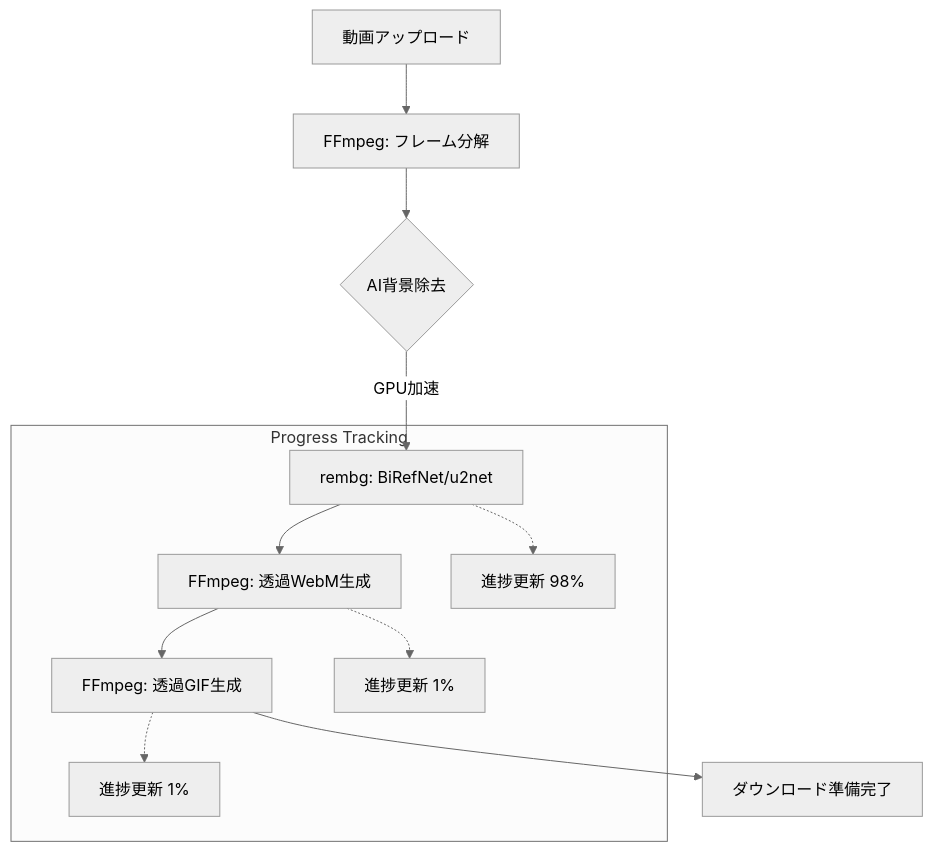
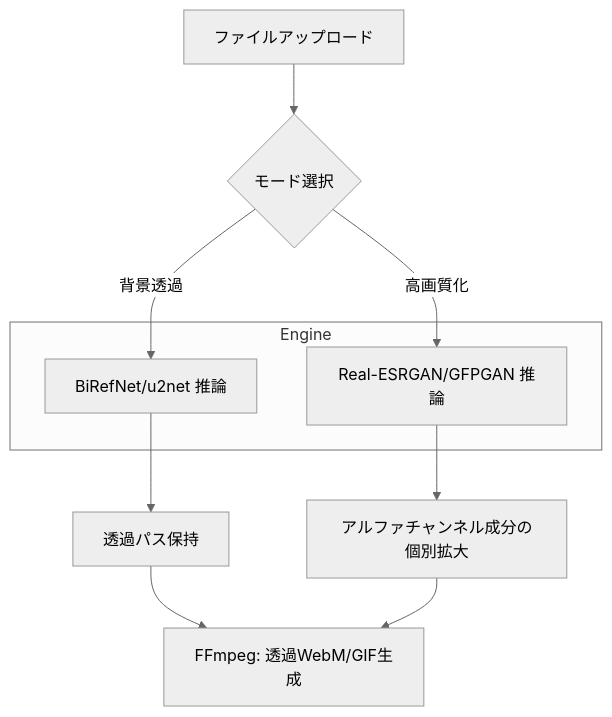
One commit to igashira0324/wipeout changed the diagram in README.md. Above: the diagram before and after it, drawn with Mermaid (neutral theme). The commit also changed other lines of this file and 6 other files, not shown here.

````diff
--- a/README.md
+++ b/README.md
@@ -31,15 +45,17 @@
 ```mermaid
 graph TD
-    A[動画アップロード] --> B[FFmpeg: フレーム分解]
-    B --> C{AI背景除去}
-    C -->|GPU加速| D[rembg: BiRefNet/u2net]
-    D --> E[FFmpeg: 透過WebM生成]
-    E --> F[FFmpeg: 透過GIF生成]
-    F --> G[ダウンロード準備完了]
+    A[ファイルアップロード] --> B{モード選択}
+    B -->|背景透過| C[BiRefNet/u2net 推論]
+    B -->|高画質化| D[Real-ESRGAN/GFPGAN 推論]
     
-    subgraph Progress Tracking
-        D -.-> H[進捗更新 98%]
-        E -.-> I[進捗更新 1%]
-        F -.-> J[進捗更新 1%]
+    C --> E[透過パス保持]
+    D --> F[アルファチャンネル成分の個別拡大]
+    
+    E --> G[FFmpeg: 透過WebM/GIF生成]
+    F --> G
+    
+    subgraph Engine
+        C
+        D
     end
 ```
````
